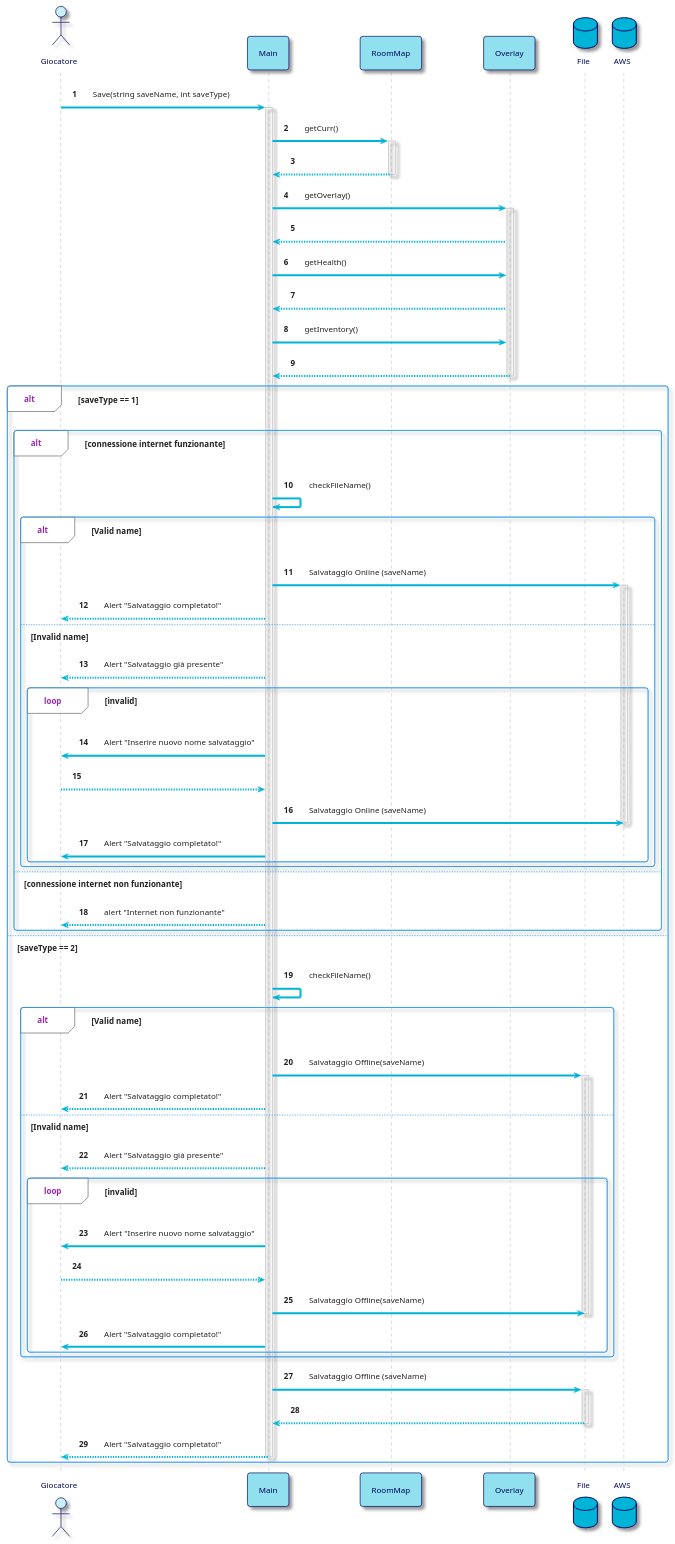
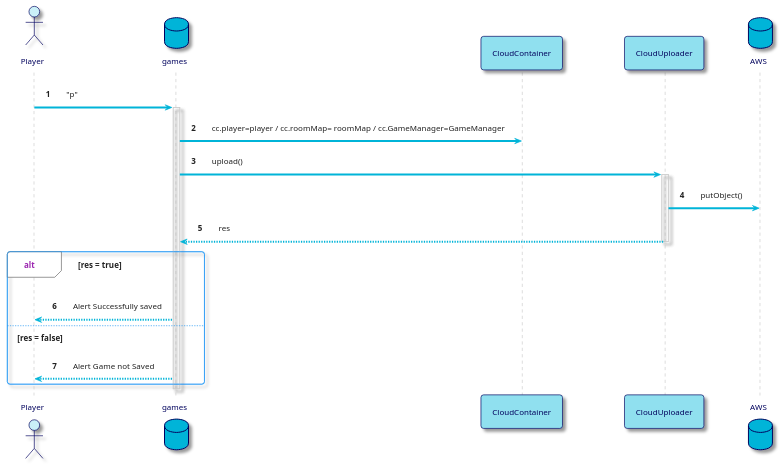
One commit to 1smaa/progettoedids changed the third of 4 diagrams in Sequence_diagram.md. Above: the diagram before and after it, drawn with PlantUML. The commit also changed other lines of this file, not shown here.

Commit message:
Update Save diagram

````diff
--- a/Sequence_diagram.md
+++ b/Sequence_diagram.md
@@ -154,98 +154,33 @@
 skinparam DatabaseFontColor #03045E
 skinparam BackgroundColor #FFFFFF
 
-actor Giocatore
-participant Main
-participant RoomMap
-participant Overlay
-database File
+actor Player
+database games
+participant CloudContainer
+participant CloudUploader
 database AWS
 
-Giocatore -> Main : Save(string saveName, int saveType)
+Player -> games : "p"
 
-activate Main
+activate games
 
-Main -> RoomMap : getCurr()
-activate RoomMap
-RoomMap --> Main :
-deactivate RoomMap
+games -> CloudContainer : cc.player=player / cc.roomMap= roomMap / cc.GameManager=GameManager
+games -> CloudUploader : upload()
+activate CloudUploader
+CloudUploader -> AWS : putObject()
 
+CloudUploader --> games : res
 
-Main -> Overlay : getOverlay()
-activate Overlay
-Overlay --> Main :
+deactivate CloudUploader
 
-Main -> Overlay : getHealth()
-Overlay --> Main :
+alt res = true
+games --> Player : Alert Successfully saved
 
-Main -> Overlay : getInventory()
-Overlay --> Main :
+else res = false
+games --> Player : Alert Game not Saved
+end
+deactivate games
 
-deactivate Overlay
-
-alt saveType == 1
-
-alt connessione internet funzionante
-
-Main -> Main : checkFileName()
-
-alt Valid name
-
-Main -> AWS : Salvataggio Online (saveName)
-activate AWS
-Main --> Giocatore : Alert "Salvataggio completato!"
-
-else Invalid name
-Main --> Giocatore : Alert "Salvataggio già presente"
-
-loop invalid
-Main -> Giocatore : Alert "Inserire nuovo nome salvataggio"
-Giocatore --> Main
-Main -> AWS : Salvataggio Online (saveName)
-deactivate AWS
-
-Main -> Giocatore : Alert "Salvataggio completato!"
-
-end
-end
-
-
-else connessione internet non funzionante
-
-Main --> Giocatore : alert "Internet non funzionante"
-
-end
-
-else saveType == 2
-Main -> Main : checkFileName()
-
-alt Valid name
-
-Main -> File : Salvataggio Offline(saveName)
-activate File
-Main --> Giocatore : Alert "Salvataggio completato!"
-
-else Invalid name
-Main --> Giocatore : Alert "Salvataggio già presente"
-
-loop invalid
-Main -> Giocatore : Alert "Inserire nuovo nome salvataggio"
-Giocatore --> Main
-Main -> File : Salvataggio Offline(saveName)
-deactivate File
-
-Main -> Giocatore : Alert "Salvataggio completato!"
-
-end
-end
-Main -> File : Salvataggio Offline (saveName)
-activate File
-File --> Main
-deactivate File
-Main --> Giocatore : Alert "Salvataggio completato!"
-
-deactivate Main
-end
 
 @enduml
 ```
````
